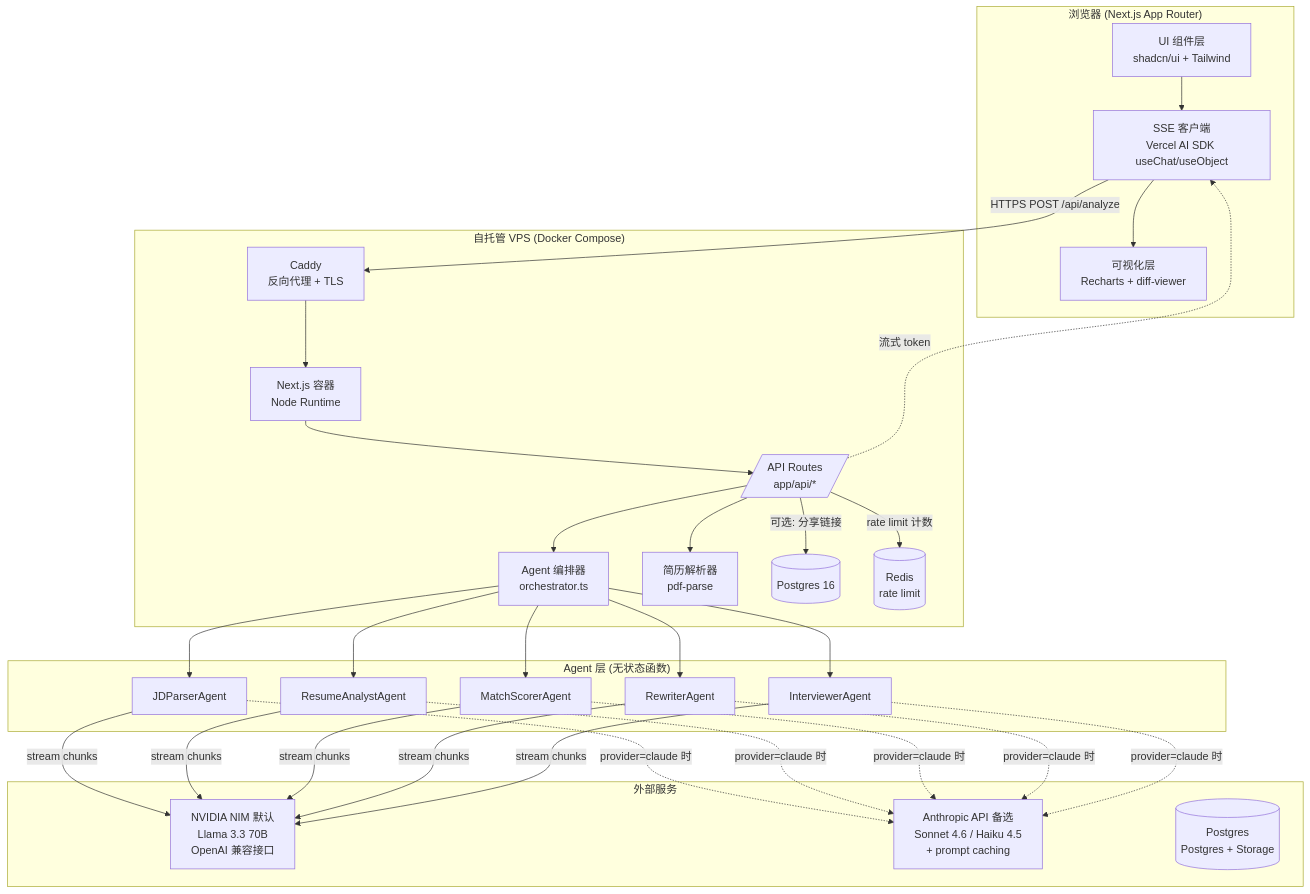
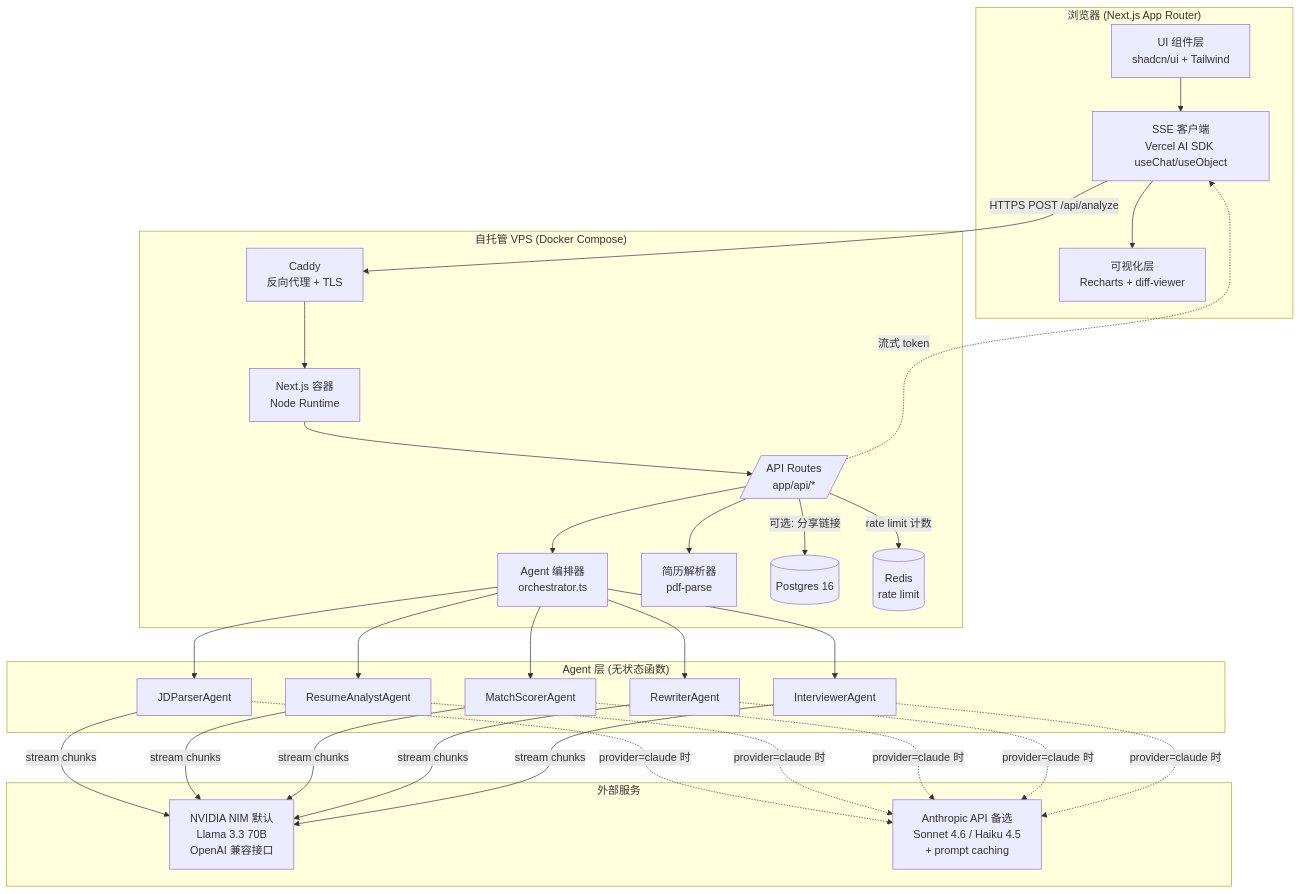
Before and after one commit to kinghy949/joblens: the first of 2 diagrams in docs/architecture.md, drawn with Mermaid. The commit also changed other lines of this file and 3 other files, not shown here.

Commit message:
Resolve all 18 design-review issues: streaming dual-channel, demo mode, 3-phase DAG, Tailwind v3 lock, pdf-parse swap, schema fixes, risks doc

````diff
--- a/docs/architecture.md
+++ b/docs/architecture.md
@@ -10,46 +10,45 @@
 ```mermaid
 flowchart TB
     subgraph Client["浏览器 (Next.js App Router)"]
         UI[UI 组件层<br/>shadcn/ui + Tailwind]
         SSE[SSE 客户端<br/>Vercel AI SDK useChat/useObject]
         Viz[可视化层<br/>Recharts + diff-viewer]
     end
 
     subgraph Server["自托管 VPS (Docker Compose)"]
         Caddy[Caddy<br/>反向代理 + TLS]
         Next[Next.js 容器<br/>Node Runtime]
         API[/API Routes<br/>app/api/*/]
         Orch[Agent 编排器<br/>orchestrator.ts]
         Parse[简历解析器<br/>pdf-parse]
         PG[(Postgres 16)]
         Redis[(Redis<br/>rate limit)]
     end
 
     subgraph Agents["Agent 层 (无状态函数)"]
         A1[JDParserAgent]
         A2[ResumeAnalystAgent]
         A3[MatchScorerAgent]
         A4[RewriterAgent]
         A5[InterviewerAgent]
     end
 
     subgraph External["外部服务"]
         NIM[NVIDIA NIM 默认<br/>Llama 3.3 70B<br/>OpenAI 兼容接口]
         Claude[Anthropic API 备选<br/>Sonnet 4.6 / Haiku 4.5<br/>+ prompt caching]
-        Supa[(Postgres<br/>Postgres + Storage)]
     end
 
     UI --> SSE
     SSE -->|HTTPS POST /api/analyze| Caddy
     Caddy --> Next
     Next --> API
     API --> Parse
     API --> Orch
     Orch --> A1 & A2 & A3 & A4 & A5
     A1 & A2 & A3 & A4 & A5 -->|stream chunks| NIM
     A1 & A2 & A3 & A4 & A5 -.->|provider=claude 时| Claude
     API -->|可选: 分享链接| PG
     API -->|rate limit 计数| Redis
     API -.->|流式 token| SSE
     SSE --> Viz
 ```
````
